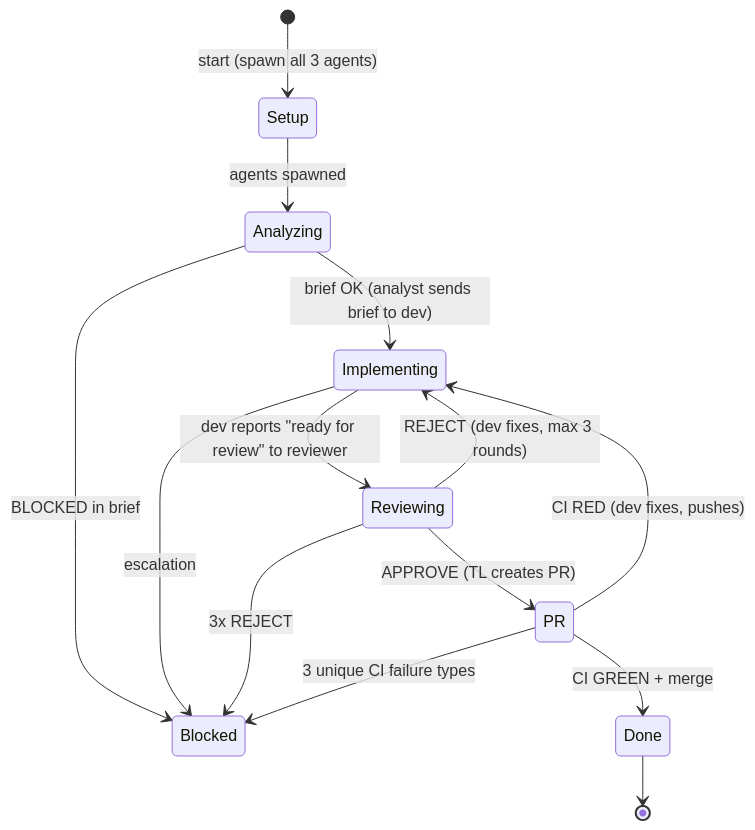
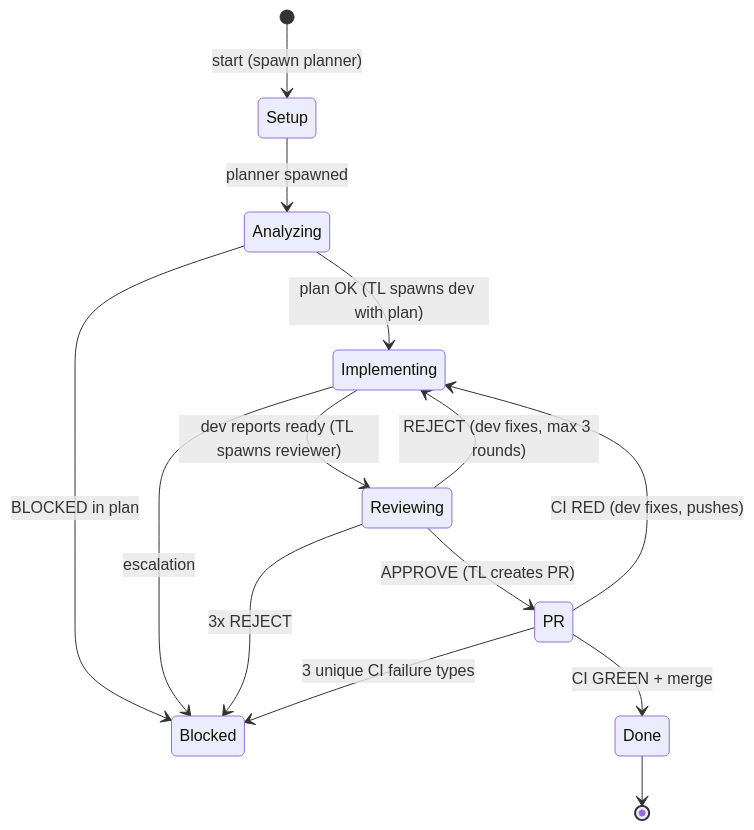
The diagram in templates/workflow.md (hubertciebiada/fleet-commander), drawn with Mermaid before and after one commit. The commit also changed other lines of this file and 9 other files, not shown here.

First line of the commit message:
Issue #244: sequential spawning, analyst→planner role, remove pre-read/warm-up

````diff
--- a/templates/workflow.md
+++ b/templates/workflow.md
@@ -74,16 +73,16 @@
 ```mermaid
 stateDiagram-v2
-    [*] --> Setup : start (spawn all 3 agents)
-    Setup --> Analyzing : agents spawned
-    Analyzing --> Implementing : brief OK (analyst sends brief to dev)
-    Analyzing --> Blocked : BLOCKED in brief
-    Implementing --> Reviewing : dev reports "ready for review" to reviewer
+    [*] --> Setup : start (spawn planner)
+    Setup --> Analyzing : planner spawned
+    Analyzing --> Implementing : plan OK (TL spawns dev with plan)
+    Analyzing --> Blocked : BLOCKED in plan
+    Implementing --> Reviewing : dev reports ready (TL spawns reviewer)
     Reviewing --> Implementing : REJECT (dev fixes, max 3 rounds)
     Reviewing --> PR : APPROVE (TL creates PR)
     PR --> Done : CI GREEN + merge
     PR --> Implementing : CI RED (dev fixes, pushes)
     Implementing --> Blocked : escalation
     Reviewing --> Blocked : 3x REJECT
     PR --> Blocked : 3 unique CI failure types
     Done --> [*]
 ```
````
